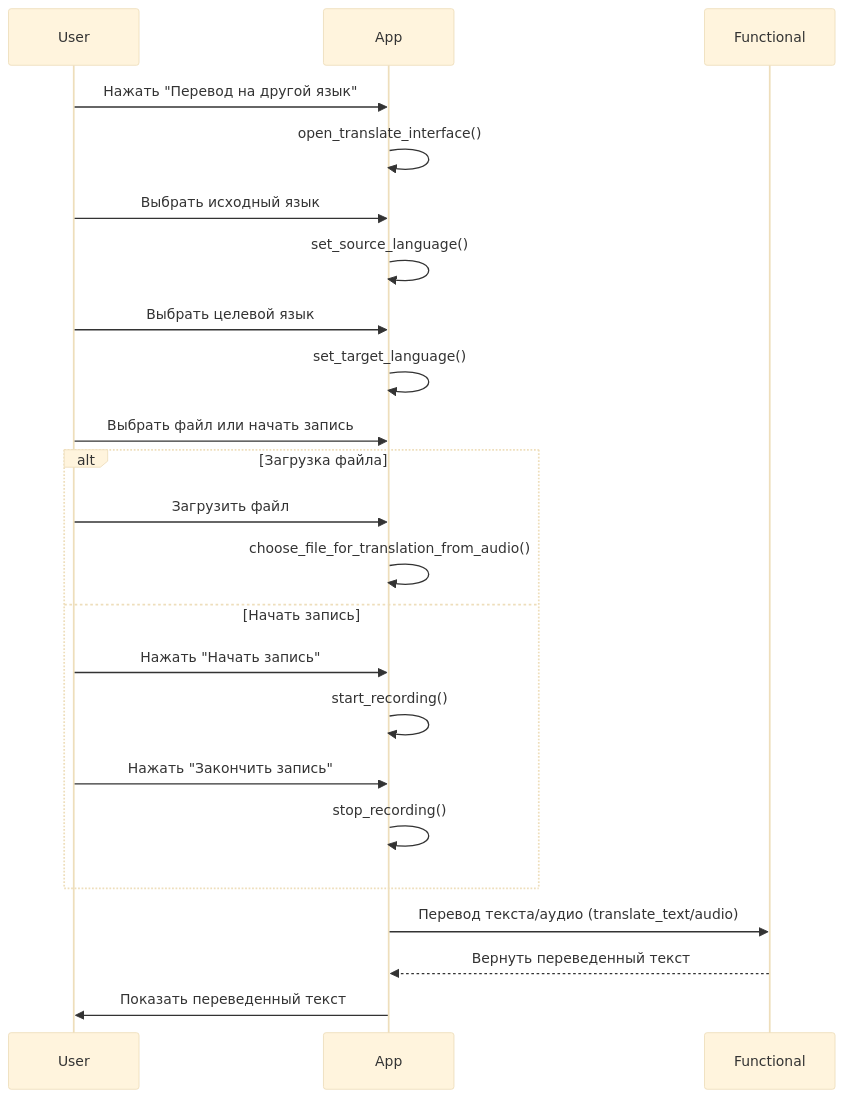
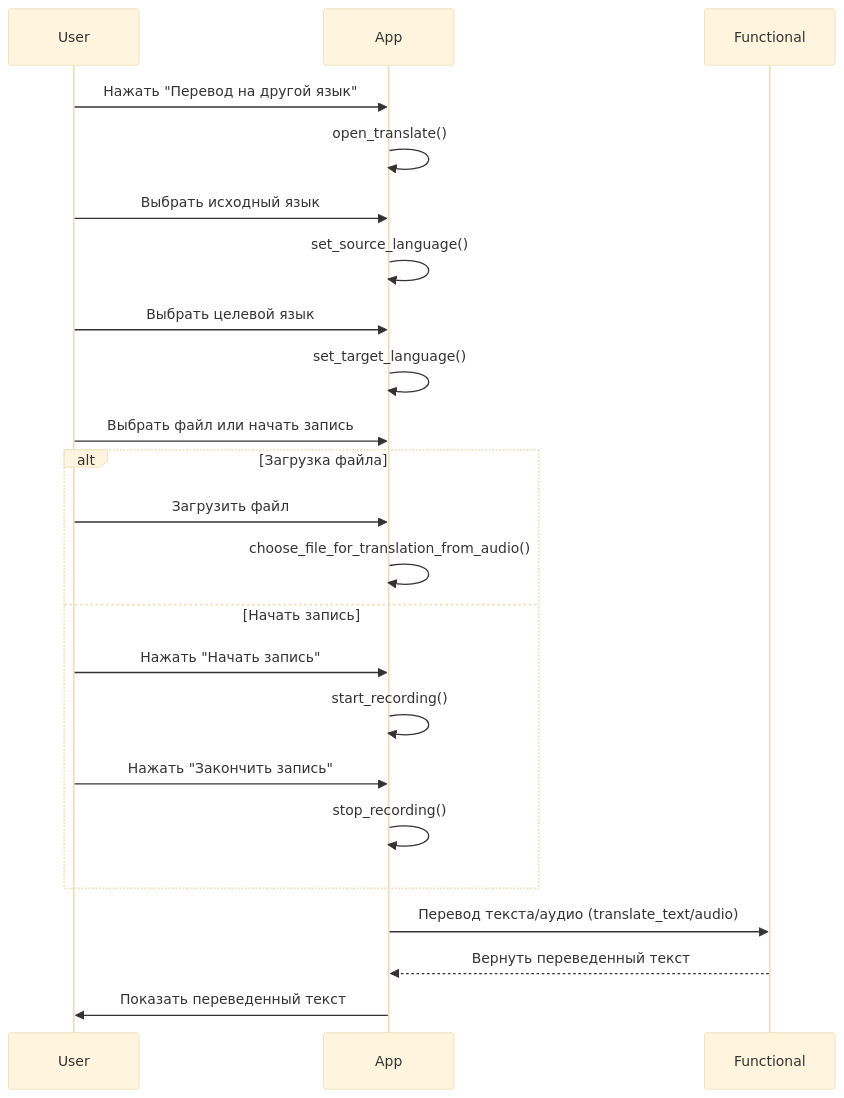
Before and after one commit to Retnug228/Lab3Orpo: the fifth of 6 diagrams in docs/behavior.md, drawn with Mermaid (base theme). The commit also changed other lines of this file, not shown here.

````diff
--- a/docs/behavior.md
+++ b/docs/behavior.md
@@ -115,26 +115,26 @@
 ```mermaid
 sequenceDiagram
     participant User
     participant App
     participant Functional
     
     User ->> App: Нажать "Перевод на другой язык"
-    App ->> App: open_translate_interface()
+    App ->> App: open_translate()
     User ->> App: Выбрать исходный язык
     App ->> App: set_source_language()
     User ->> App: Выбрать целевой язык
     App ->> App: set_target_language()
     User ->> App: Выбрать файл или начать запись
     alt Загрузка файла
         User ->> App: Загрузить файл
         App ->> App: choose_file_for_translation_from_audio()
     else Начать запись
         User ->> App: Нажать "Начать запись"
         App ->> App: start_recording()
         User ->> App: Нажать "Закончить запись"
         App ->> App: stop_recording()
     end
     App ->> Functional: Перевод текста/аудио (translate_text/audio)
     Functional -->> App: Вернуть переведенный текст
     App ->> User: Показать переведенный текст
 ```
````
